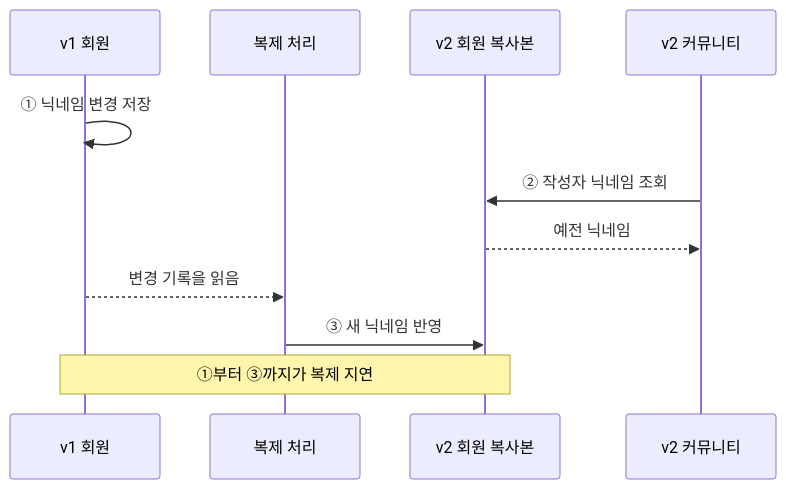
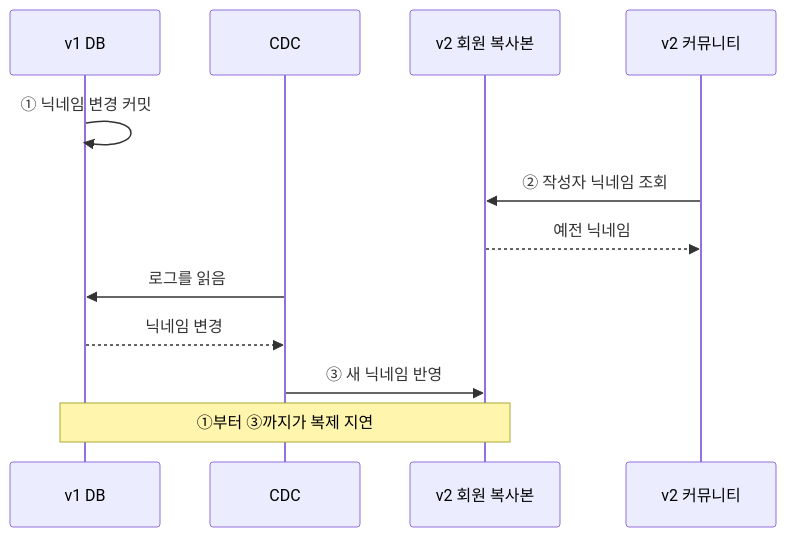
The seventh of 16 diagrams in src/content/blog/strangler-fig-redesign.md (oownahcohc/oownahcohc.github.io), drawn with Mermaid before and after one commit. The commit also changed other lines of this file, not shown here.

First line of the commit message:
Strangler Fig 글에서 복제 지연이 생기는 원리를 CDC 흐름으로 풀어 쓴다

````diff
--- a/src/content/blog/strangler-fig-redesign.md
+++ b/src/content/blog/strangler-fig-redesign.md
@@ -229,14 +251,15 @@
 ```mermaid
 %%{init: {"sequence": {"diagramMarginX": 10}}}%%
 sequenceDiagram
-    participant V1 as v1 회원
-    participant R as 복제 처리
+    participant V1 as v1 DB
+    participant C as CDC
     participant V2 as v2 회원 복사본
     participant W as v2 커뮤니티
-    V1->>V1: ① 닉네임 변경 저장
+    V1->>V1: ① 닉네임 변경 커밋
     W->>V2: ② 작성자 닉네임 조회
     V2-->>W: 예전 닉네임
-    V1-->>R: 변경 기록을 읽음
-    R->>V2: ③ 새 닉네임 반영
+    C->>V1: 로그를 읽음
+    V1-->>C: 닉네임 변경
+    C->>V2: ③ 새 닉네임 반영
     Note over V1,V2: ①부터 ③까지가 복제 지연
 ```
````
